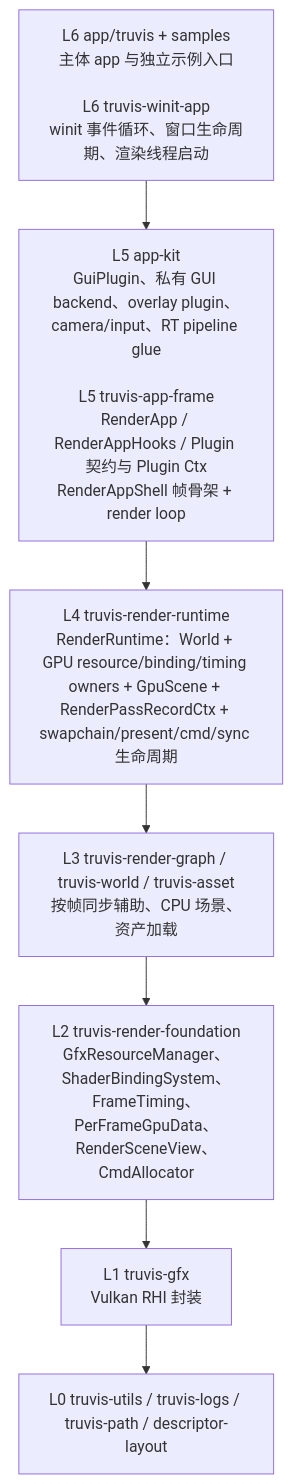
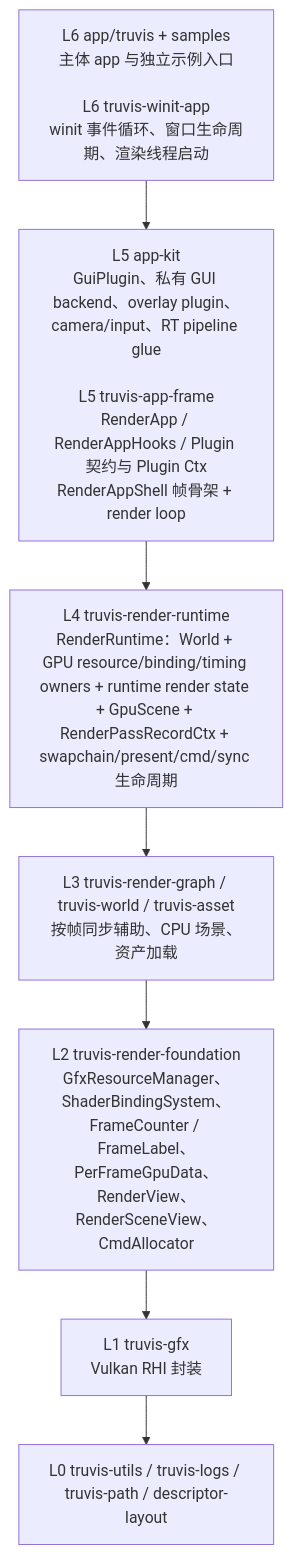
The first of 2 diagrams in docs/summaries/layering-and-dependency-boundaries.md (acccoco/TruvisRenderer), drawn with Mermaid before and after one commit. The commit also changed 21 other files, not shown here.

Commit message:
refactor 将 render-foundation 中部分内容迁移到 render-runtime

````diff
--- a/docs/summaries/layering-and-dependency-boundaries.md
+++ b/docs/summaries/layering-and-dependency-boundaries.md
@@ -9,11 +9,11 @@
 ```mermaid
 flowchart TB
     L6["L6 app/truvis + samples<br/>主体 app 与独立示例入口<br/><br/>L6 truvis-winit-app<br/>winit 事件循环、窗口生命周期、渲染线程启动"]
     L5["L5 app-kit<br/>GuiPlugin、私有 GUI backend、overlay plugin、camera/input、RT pipeline glue<br/><br/>L5 truvis-app-frame<br/>RenderApp / RenderAppHooks / Plugin 契约与 Plugin Ctx<br/>RenderAppShell 帧骨架 + render loop"]
-    L4["L4 truvis-render-runtime<br/>RenderRuntime：World + GPU resource/binding/timing owners + GpuScene + RenderPassRecordCtx + swapchain/present/cmd/sync 生命周期"]
+    L4["L4 truvis-render-runtime<br/>RenderRuntime：World + GPU resource/binding/timing owners + runtime render state + GpuScene + RenderPassRecordCtx + swapchain/present/cmd/sync 生命周期"]
     L3["L3 truvis-render-graph / truvis-world / truvis-asset<br/>按帧同步辅助、CPU 场景、资产加载"]
-    L2["L2 truvis-render-foundation<br/>GfxResourceManager、ShaderBindingSystem、FrameTiming、PerFrameGpuData、RenderSceneView、CmdAllocator"]
+    L2["L2 truvis-render-foundation<br/>GfxResourceManager、ShaderBindingSystem、FrameCounter / FrameLabel、PerFrameGpuData、RenderView、RenderSceneView、CmdAllocator"]
     L1["L1 truvis-gfx<br/>Vulkan RHI 封装"]
     L0["L0 truvis-utils / truvis-logs / truvis-path / descriptor-layout"]
     L6 --> L5 --> L4 --> L3 --> L2 --> L1 --> L0
 ```
````
